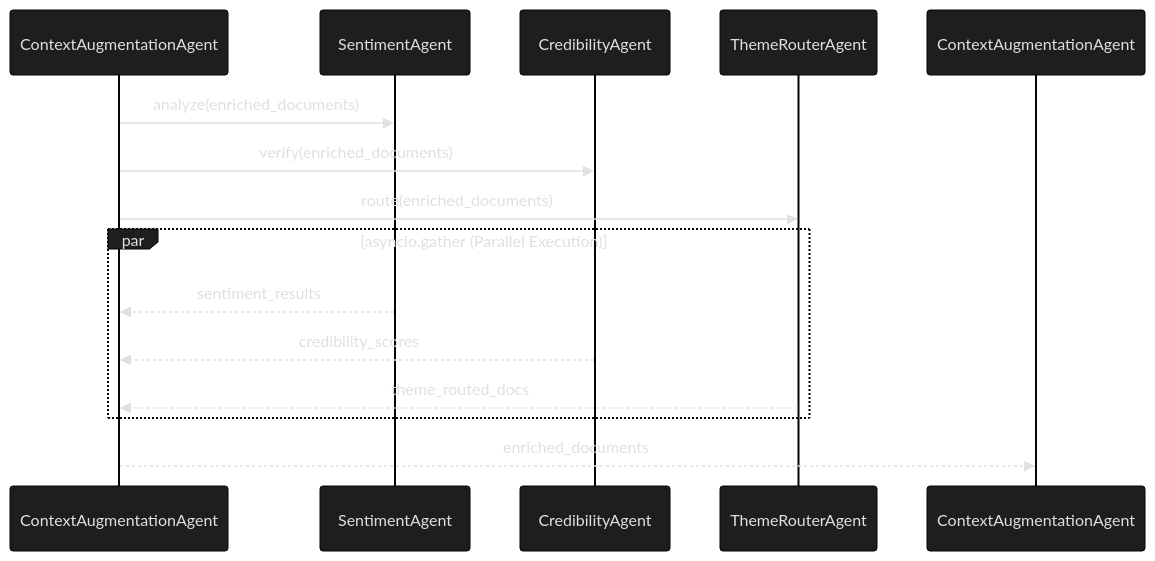
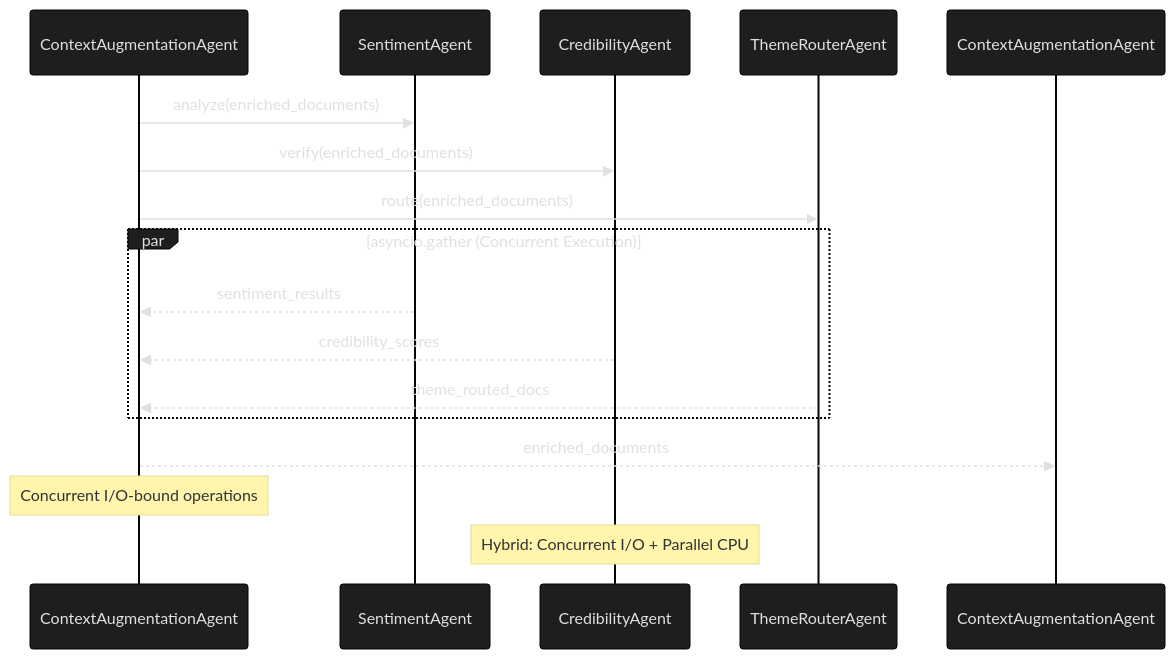
One commit to donyelqt/Hinaing changed the sixth of 8 diagrams in docs/ARCHITECTURE.md. Above: the diagram before and after it, drawn with Mermaid. The commit also changed other lines of this file, not shown here.

First line of the commit message:
docs(architecture): add execution model details and clarify concurrent vs parallel patterns

````diff
--- a/docs/ARCHITECTURE.md
+++ b/docs/ARCHITECTURE.md
@@ -686,26 +718,29 @@
 ```mermaid
 %%{init: {'theme': 'base', 'themeVariables': {
   'primaryColor': '#1e1e1e',
   'primaryTextColor': '#e0e0e0',
   'secondaryColor': '#2d2d2d',
   'primaryFontSize': '13px',
   'secondaryFontSize': '11px'
  }}}%%
 sequenceDiagram
     participant CA as ContextAugmentationAgent
     participant SA as SentimentAgent
     participant CR as CredibilityAgent
     participant TR as ThemeRouterAgent
 
     CA->>SA: analyze(enriched_documents)
     CA->>CR: verify(enriched_documents)
     CA->>TR: route(enriched_documents)
 
-    par asyncio.gather (Parallel Execution)
+    par asyncio.gather (Concurrent Execution)
         SA-->>CA: sentiment_results
         CR-->>CA: credibility_scores
         TR-->>CA: theme_routed_docs
     end
 
     CA-->>ContextAugmentationAgent: enriched_documents
+    
+    Note over CA: Concurrent I/O-bound operations
+    Note over CR: Hybrid: Concurrent I/O + Parallel CPU
 ```
````
